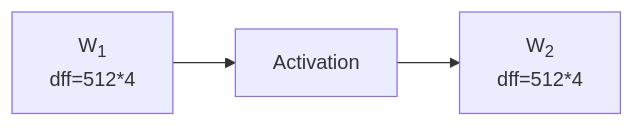
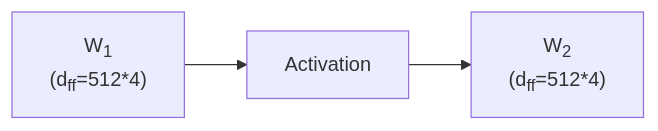
One commit to ChrisZhu2050/chriszhu2050.github.io changed the third of 15 diagrams in index.md. Above: the diagram before and after it, drawn with Mermaid.

````diff
--- a/index.md
+++ b/index.md
@@ -138,7 +138,7 @@
     ```mermaid
       graph LR
           A["`W<sub>1</sub>
-          dff=512*4`"]  --> B["`Activation`"] --> D["`W<sub>2</sub>
-          dff=512*4
+          (d<sub>ff</sub>=512*4)`"]  --> B["`Activation`"] --> D["`W<sub>2</sub>
+          (d<sub>ff</sub>=512*4)
           `"]
     ```  
````
